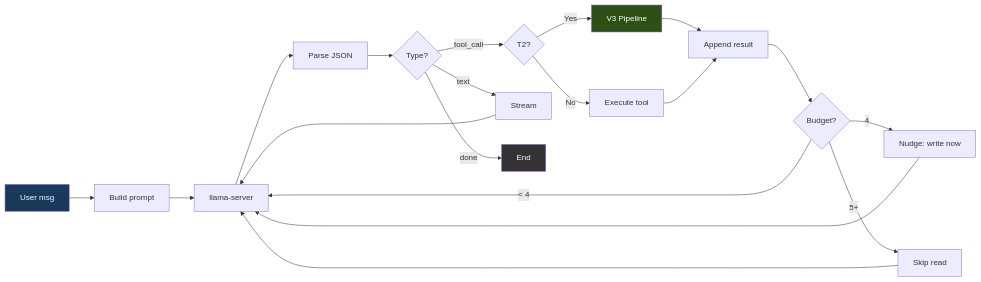
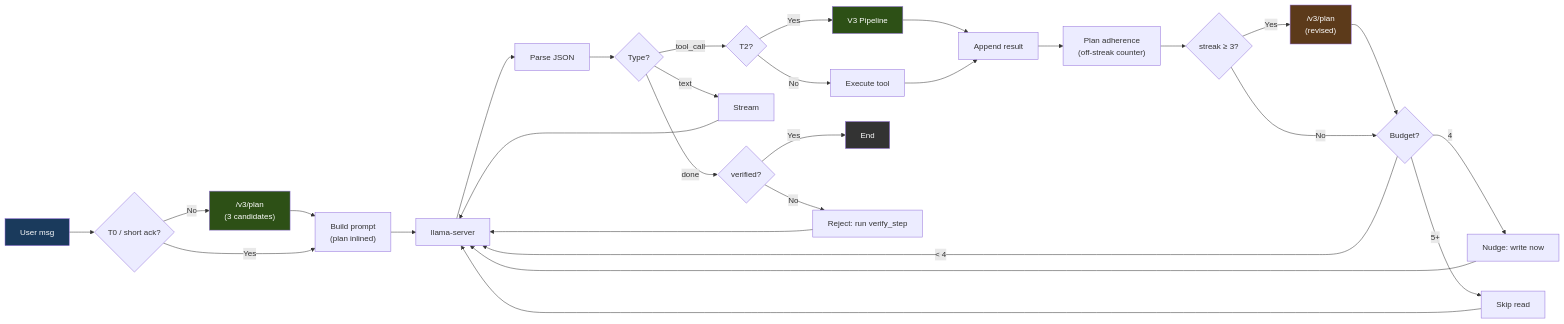
The third of 13 diagrams in docs/ARCHITECTURE.md (itigges22/ATLAS), drawn with Mermaid before and after one commit. The commit also changed other lines of this file and 3 other files, not shown here.

````diff
--- a/docs/ARCHITECTURE.md
+++ b/docs/ARCHITECTURE.md
@@ -85,20 +85,30 @@
 ```mermaid
 flowchart LR
-    Start["User msg"] --> Build["Build prompt"] --> Call["llama-server"] --> Parse["Parse JSON"]
+    Start["User msg"] --> PlanGate{"T0 / short ack?"}
+    PlanGate -->|"No"| Plan["/v3/plan\n(3 candidates)"] --> Build["Build prompt\n(plan inlined)"]
+    PlanGate -->|"Yes"| Build
+    Build --> Call["llama-server"] --> Parse["Parse JSON"]
     Parse --> Route{Type?}
 
     Route -->|"tool_call"| Tier{"T2?"}
     Tier -->|"Yes"| V3["V3 Pipeline"] --> Result["Append result"]
     Tier -->|"No"| Exec["Execute tool"] --> Result
-    Result --> Budget{"Budget?"}
+    Result --> Adhere["Plan adherence\n(off-streak counter)"]
+    Adhere --> Revise{"streak ≥ 3?"}
+    Revise -->|"Yes"| RePlan["/v3/plan\n(revised)"] --> Budget
+    Revise -->|"No"| Budget{"Budget?"}
     Budget -->|"< 4"| Call
     Budget -->|"4"| Warn["Nudge: write now"] --> Call
     Budget -->|"5+"| Skip["Skip read"] --> Call
 
     Route -->|"text"| Stream["Stream"] --> Call
-    Route -->|"done"| Done["End"]
+    Route -->|"done"| VerifyGate{"verified?"}
+    VerifyGate -->|"Yes"| Done["End"]
+    VerifyGate -->|"No"| Reject["Reject: run verify_step"] --> Call
 
     style Start fill:#1a3a5c,color:#fff
     style Done fill:#333,color:#fff
     style V3 fill:#2d5016,color:#fff
+    style Plan fill:#2d5016,color:#fff
+    style RePlan fill:#5c3a1a,color:#fff
 ```
````
